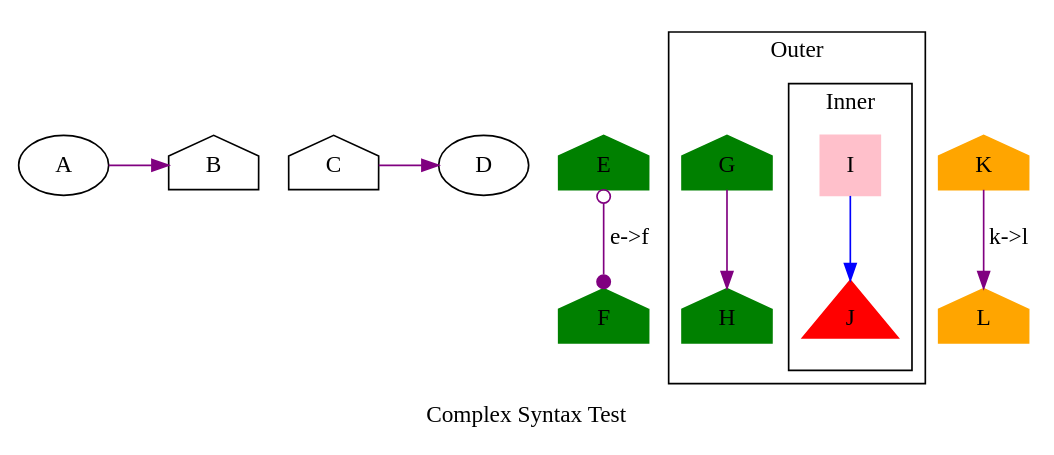
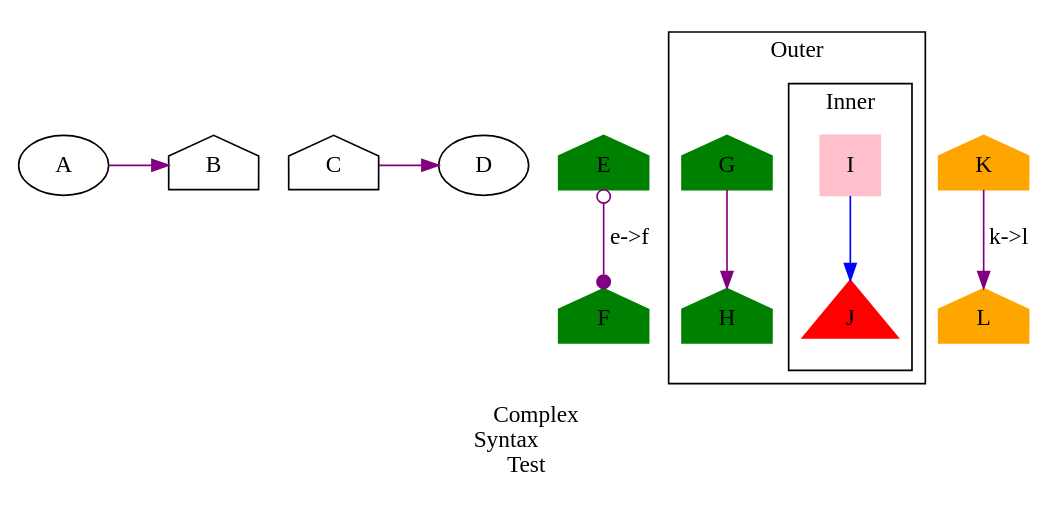
The diagram in data/53.gv (graphviz-perl/GraphViz2-Marpa), drawn with Graphviz before and after one commit. The commit also changed 4 other files, not shown here.

```diff
--- a/data/53.gv
+++ b/data/53.gv
@@ -1,47 +1,49 @@
+# Hash comment
+
 strict digraph graph_53
 {
-	label   = "Complex Syntax Test"
+	label   = "Complex\rSyntax\lTest"
 	rankdir = TB
 
 	A [shape = oval]
 
 	node [shape = house]
 	edge [color = purple]
 
 	{
 		rank = same
 		B
 		C
 		node [shape = oval]
 		D
-		#ordering = out
+		ordering = out
 		A -> B
 		C -> D
 	}
 
 	node [color = green style = filled]
 	E
 	F
 	E -> F [label = "e->f", dir = both, arrowhead = dot, arrowtail = odot]
 
 	subgraph cluster_outer
 	{
 		G -> H
 		node [shape = hexagon]
 		node [color = red]
 		label = Outer
 		subgraph cluster_inner
 		{
 			node [shape = triangle]
 			edge [color = blue]
 			I [color = pink shape = square]
 			I -> J
 			label = Inner
 		}
 	}
 	graph [rankdir = TB]
 	node  [color   = orange]
 	K
 	L
 	K -> L [label = "k->l"]
 }
```
